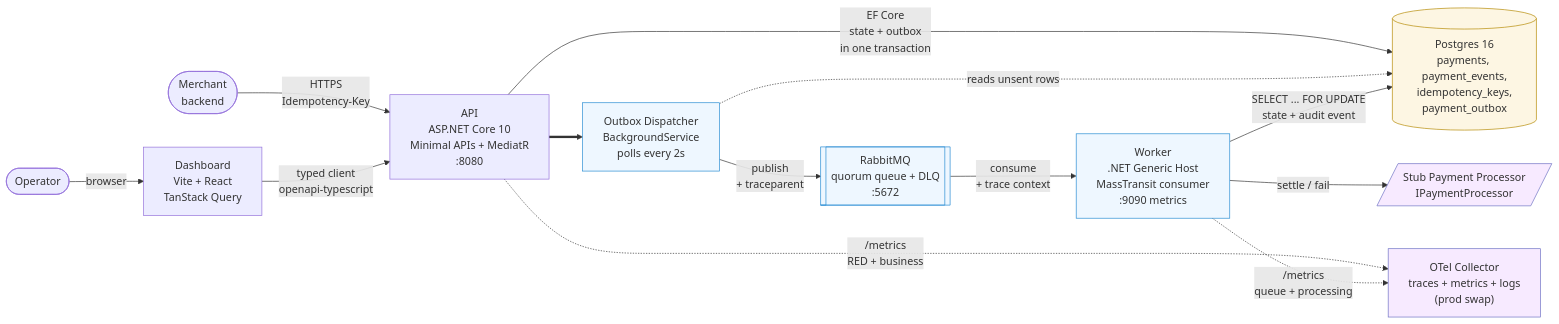
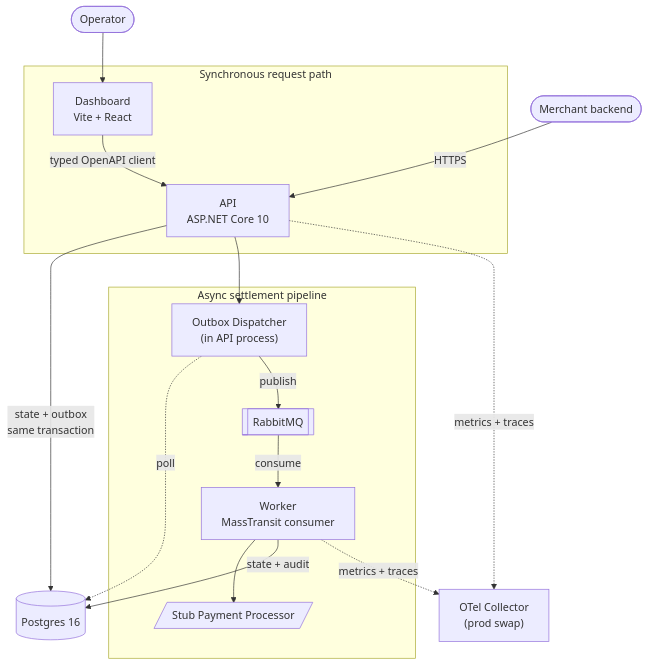
Before and after one commit to EvanBrianGarcia/Argyle---Payment-Processing-Platform: the first of 2 diagrams in README.md, drawn with Mermaid. The commit also changed other lines of this file, not shown here.

First line of the commit message:
docs: split README diagram into a clean component map + a sequence

````diff
--- a/README.md
+++ b/README.md
@@ -152,36 +156,35 @@
 ```mermaid
-flowchart LR
-    Merchant([Merchant<br/>backend])
+flowchart TB
+    Merchant([Merchant backend])
     Operator([Operator])
-    Dashboard["Dashboard<br/>Vite + React<br/>TanStack Query"]
-    API["API<br/>ASP.NET Core 10<br/>Minimal APIs + MediatR<br/>:8080"]
-    Dispatcher["Outbox Dispatcher<br/>BackgroundService<br/>polls every 2s"]
-    RabbitMQ[["RabbitMQ<br/>quorum queue + DLQ<br/>:5672"]]
-    Worker["Worker<br/>.NET Generic Host<br/>MassTransit consumer<br/>:9090 metrics"]
-    Processor[/"Stub Payment Processor<br/>IPaymentProcessor"/]
-    Postgres[("Postgres 16<br/>payments, payment_events,<br/>idempotency_keys,<br/>payment_outbox")]
-    Otel["OTel Collector<br/>traces + metrics + logs<br/>(prod swap)"]
 
-    Merchant -- "HTTPS<br/>Idempotency-Key" --> API
-    Operator -- "browser" --> Dashboard
-    Dashboard -- "typed client<br/>openapi-typescript" --> API
+    subgraph Sync ["Synchronous request path"]
+        Dashboard["Dashboard<br/>Vite + React"]
+        API["API<br/>ASP.NET Core 10"]
+    end
 
-    API -- "EF Core<br/>state + outbox<br/>in one transaction" --> Postgres
-    Dispatcher -. "reads unsent rows" .-> Postgres
-    API ==> Dispatcher
-    Dispatcher -- "publish<br/>+ traceparent" --> RabbitMQ
-    RabbitMQ -- "consume<br/>+ trace context" --> Worker
-    Worker -- "settle / fail" --> Processor
-    Worker -- "SELECT ... FOR UPDATE<br/>state + audit event" --> Postgres
+    subgraph Async ["Async settlement pipeline"]
+        Dispatcher["Outbox Dispatcher<br/>(in API process)"]
+        RabbitMQ[["RabbitMQ"]]
+        Worker["Worker<br/>MassTransit consumer"]
+        Processor[/"Stub Payment Processor"/]
+    end
 
-    API -.->|"/metrics<br/>RED + business"| Otel
-    Worker -.->|"/metrics<br/>queue + processing"| Otel
+    Postgres[("Postgres 16")]
+    Otel["OTel Collector<br/>(prod swap)"]
 
-    classDef edge fill:#fff,stroke:#888,stroke-dasharray: 3 3
-    classDef store fill:#fdf6e3,stroke:#b58900
-    classDef async fill:#eef7ff,stroke:#268bd2
-    classDef ext fill:#f7eaff,stroke:#6c71c4
-    class Postgres store
-    class RabbitMQ,Dispatcher,Worker async
-    class Otel,Processor ext
+    Merchant -->|HTTPS| API
+    Operator --> Dashboard
+    Dashboard -->|typed OpenAPI client| API
+
+    API -->|state + outbox<br/>same transaction| Postgres
+    API --> Dispatcher
+    Dispatcher -.->|poll| Postgres
+    Dispatcher -->|publish| RabbitMQ
+    RabbitMQ -->|consume| Worker
+    Worker --> Processor
+    Worker -->|state + audit| Postgres
+
+    API -.->|metrics + traces| Otel
+    Worker -.->|metrics + traces| Otel
 ```
````
